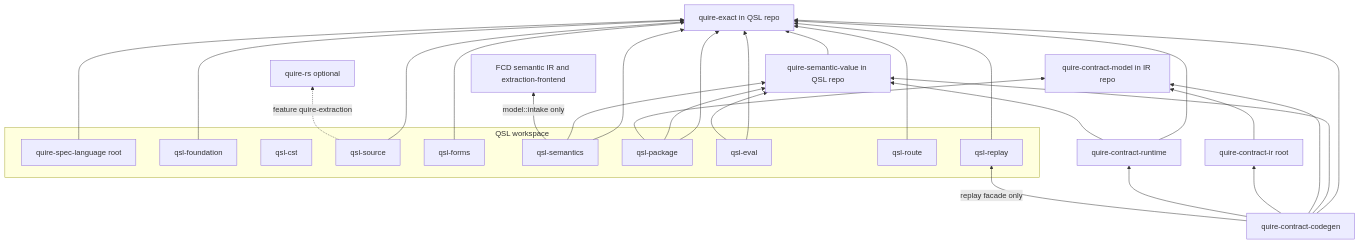
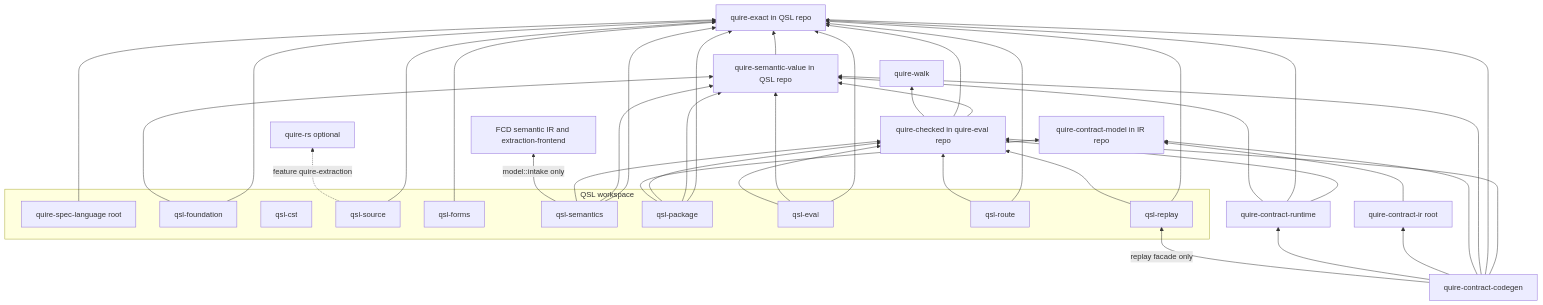
The second of 2 diagrams in spec/decisions/ADR-011-stage-dag-and-dependency-architecture.md (agent-ix/quire-spec-language), drawn with Mermaid before and after one commit. The commit also changed other lines of this file and 11 other files, not shown here.

````diff
--- a/spec/decisions/ADR-011-stage-dag-and-dependency-architecture.md
+++ b/spec/decisions/ADR-011-stage-dag-and-dependency-architecture.md
@@ -1005,38 +1028,45 @@
 ```mermaid
 flowchart BT
   QX[quire-exact in QSL repo]
   SV[quire-semantic-value in QSL repo]
+  QCK[quire-checked in quire-eval repo]
   subgraph QSLW[QSL workspace]
     QSL[quire-spec-language root]
     QFO[qsl-foundation]
     QCS[qsl-cst]
     QSO[qsl-source]
     QFM[qsl-forms]
     QSE[qsl-semantics]
     QPK[qsl-package]
     QEV[qsl-eval]
     QRO[qsl-route]
     QRP[qsl-replay]
   end
   CM[quire-contract-model in IR repo]
   IR[quire-contract-ir root]
   RT[quire-contract-runtime]
   CG[quire-contract-codegen]
   FCD[FCD semantic IR and extraction-frontend]
   QRS[quire-rs optional]
   QFO & QSO & QFM & QSE & QPK & QEV & QRO & QRP & QSL --> QX
   QSE & QPK & QEV --> SV
   SV --> QX
+  QCK --> SV & QX
+  QFO --> SV
+  QCK --> QW[quire-walk]
+  QSE & QPK & QEV & QRO & QRP --> QCK
+  RT --> QCK
+  CG --> QCK
   QPK --> CM
   QSE -->|model::intake only| FCD
   QSO -.->|feature quire-extraction| QRS
   RT --> QX
   RT --> SV
   CG --> QX
   CG --> SV
   CG --> CM
   CG --> IR
   CG --> RT
   CG -->|replay facade only| QRP
   IR --> CM
 ```
````
